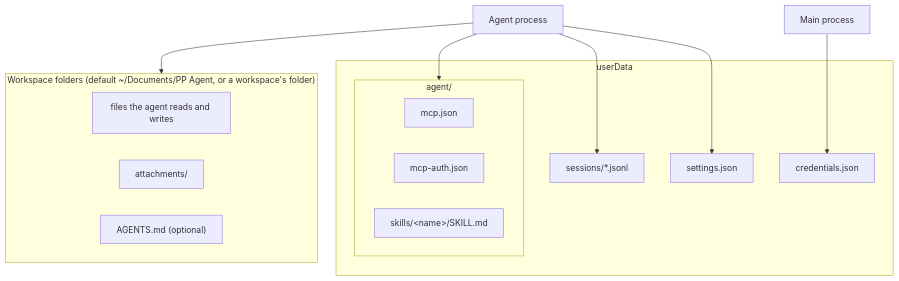
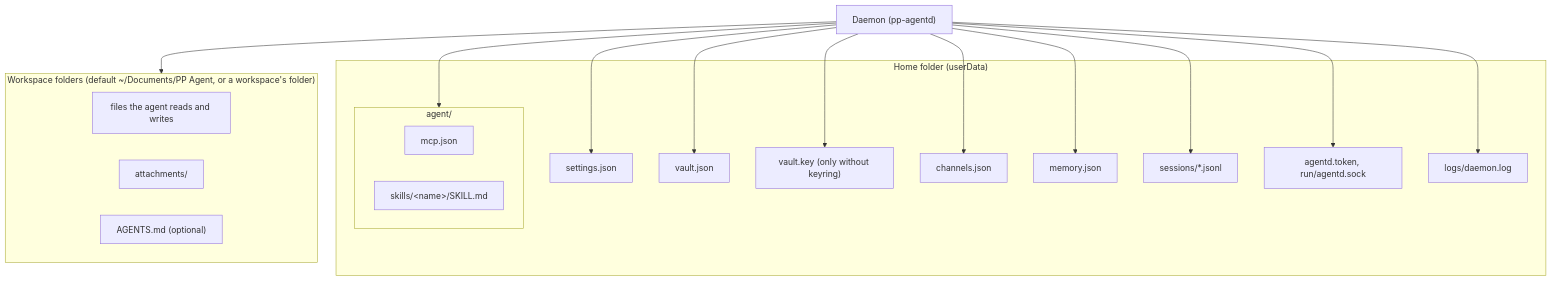
The diagram in docs/architecture/data-storage.md (pp-techs/pp-agent), drawn with Mermaid before and after one commit. The commit also changed other lines of this file and 167 other files, not shown here.

First line of the commit message:
feat(agent): run the agent in a background daemon and add a Telegram channel (#16)

````diff
--- a/docs/architecture/data-storage.md
+++ b/docs/architecture/data-storage.md
@@ -5,23 +5,32 @@
 ```mermaid
 flowchart TB
-  subgraph userData["userData"]
+  subgraph home["Home folder (userData)"]
     S["settings.json"]
-    C["credentials.json"]
+    V["vault.json"]
+    K["vault.key (only without keyring)"]
+    CH["channels.json"]
+    MEM["memory.json"]
     subgraph agentDir["agent/"]
       MJ["mcp.json"]
-      MA["mcp-auth.json"]
       SK["skills/&lt;name&gt;/SKILL.md"]
     end
     SE["sessions/*.jsonl"]
+    TOK["agentd.token, run/agentd.sock"]
+    LOG["logs/daemon.log"]
   end
   subgraph ws["Workspace folders (default ~/Documents/PP Agent, or a workspace's folder)"]
     W["files the agent reads and writes"]
     AT["attachments/"]
     AG["AGENTS.md (optional)"]
   end
-  Main["Main process"] --> C
-  Agent["Agent process"] --> S
-  Agent --> agentDir
-  Agent --> SE
-  Agent --> ws
+  Daemon["Daemon (pp-agentd)"] --> S
+  Daemon --> V
+  Daemon --> K
+  Daemon --> CH
+  Daemon --> MEM
+  Daemon --> agentDir
+  Daemon --> SE
+  Daemon --> TOK
+  Daemon --> LOG
+  Daemon --> ws
 ```
````
